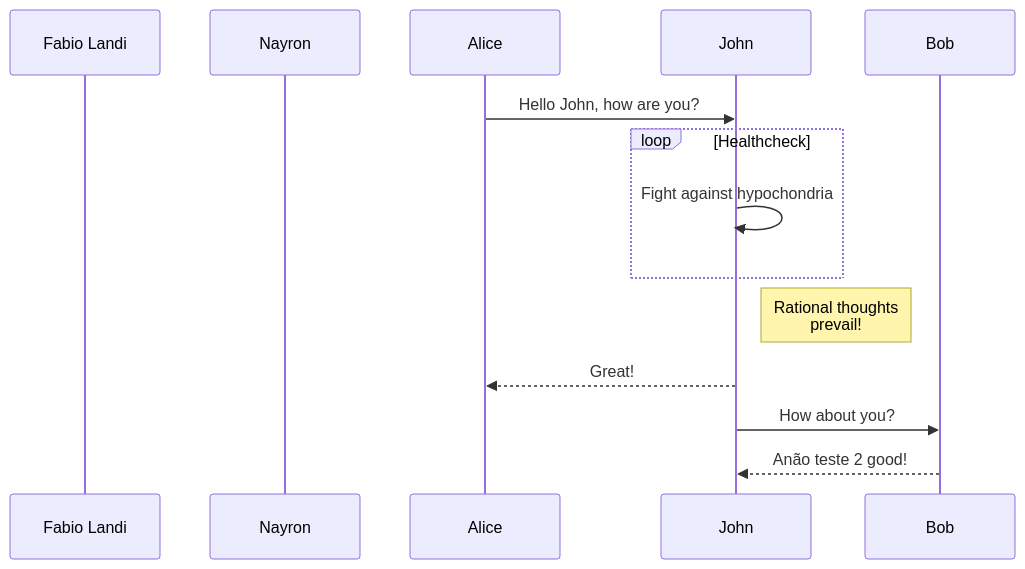
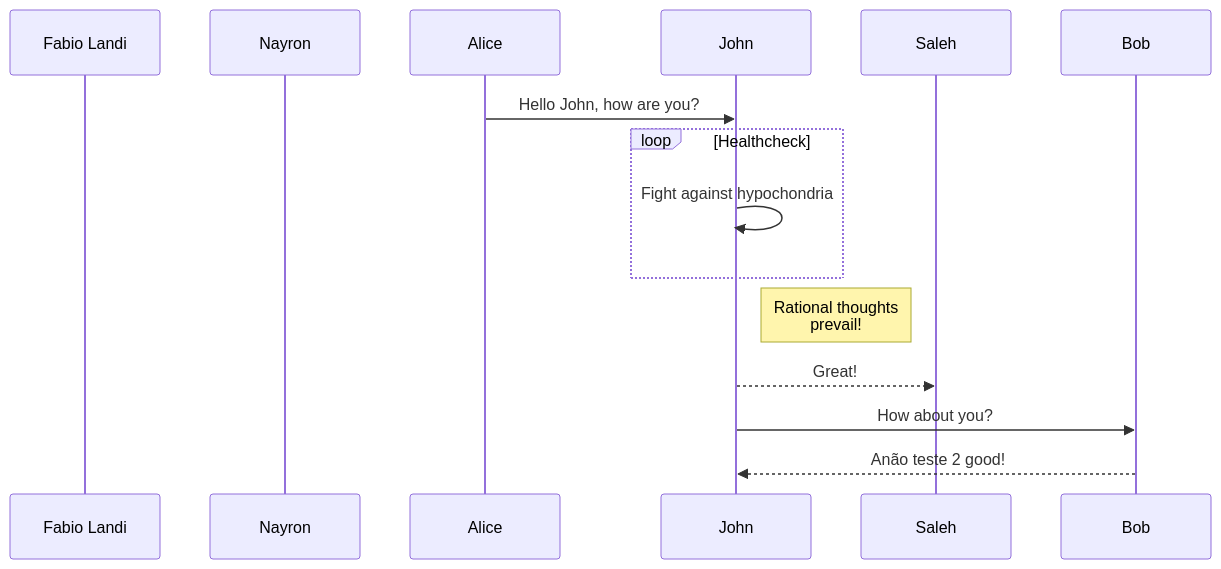
The diagram in diagrams/some-service/some-service.md (SalehKhalilMP/mermaid-test), drawn with Mermaid before and after one commit. The commit also changed 1 other file, not shown here.

````diff
--- a/diagrams/some-service/some-service.md
+++ b/diagrams/some-service/some-service.md
@@ -1,13 +1,13 @@
 ```mermaid
 sequenceDiagram
     participant Fabio Landi
     participant Nayron
     Alice->>John: Hello John, how are you?
     loop Healthcheck
         John->>John: Fight against hypochondria
     end
     Note right of John: Rational thoughts <br/>prevail!
-    John-->>Alice: Great!
+    John-->>Saleh: Great!
     John->>Bob: How about you?
     Bob-->>John: Anão teste 2 good!
 ```
````
